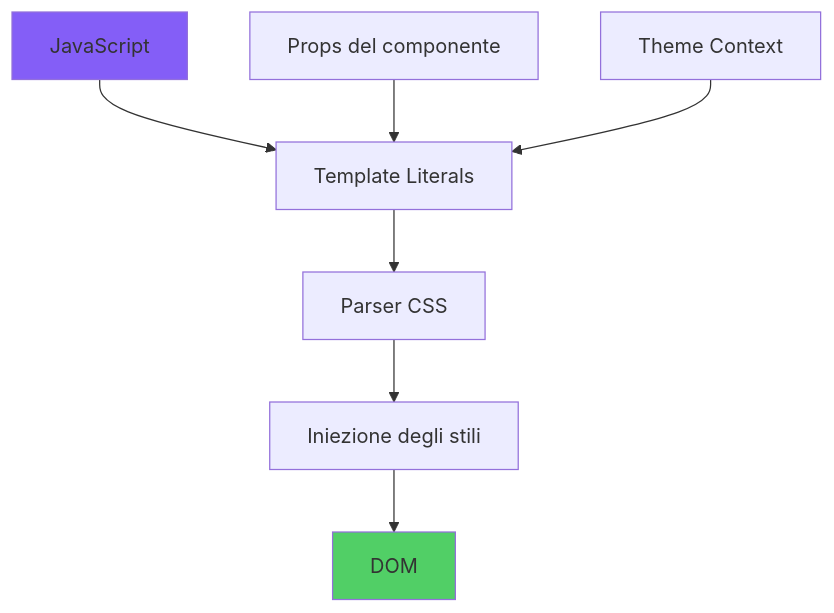
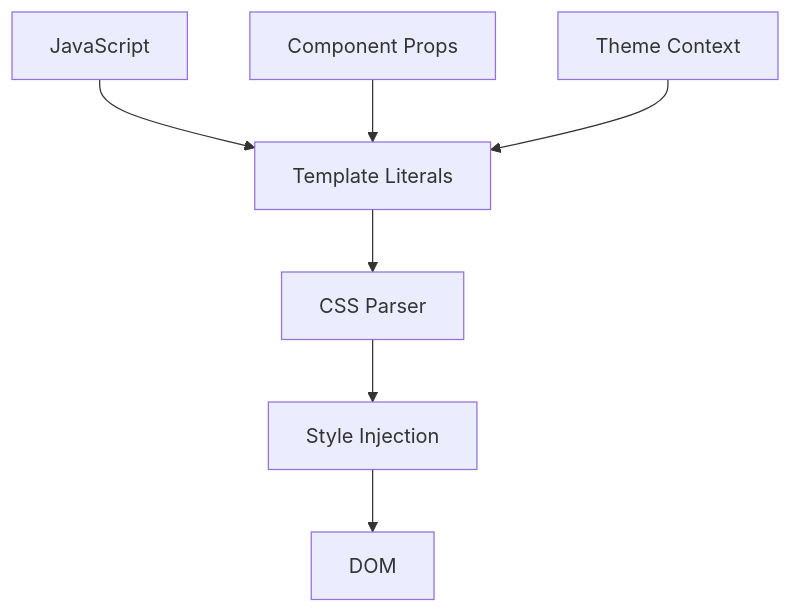
Before and after one commit to BabaScience/react-guides: the third of 6 diagrams in arguments/chapters/it/04-react-styling.md, drawn with Mermaid. The commit also changed other lines of this file and 29 other files, not shown here.

First line of the commit message:
Bring React FR/IT translations to full English parity + theme-safe diagrams

````diff
--- a/arguments/chapters/it/04-react-styling.md
+++ b/arguments/chapters/it/04-react-styling.md
@@ -120,13 +830,11 @@
 ```mermaid
 graph TD
     A[JavaScript] --> B[Template Literals]
-    B --> C[Parser CSS]
-    C --> D[Iniezione degli stili]
+    B --> C[CSS Parser]
+    C --> D[Style Injection]
     D --> E[DOM]
     
-    F[Props del componente] --> B
+    F[Component Props] --> B
     G[Theme Context] --> B
     
-    style A fill:#845ef7
-    style E fill:#51cf66
 ```
````
